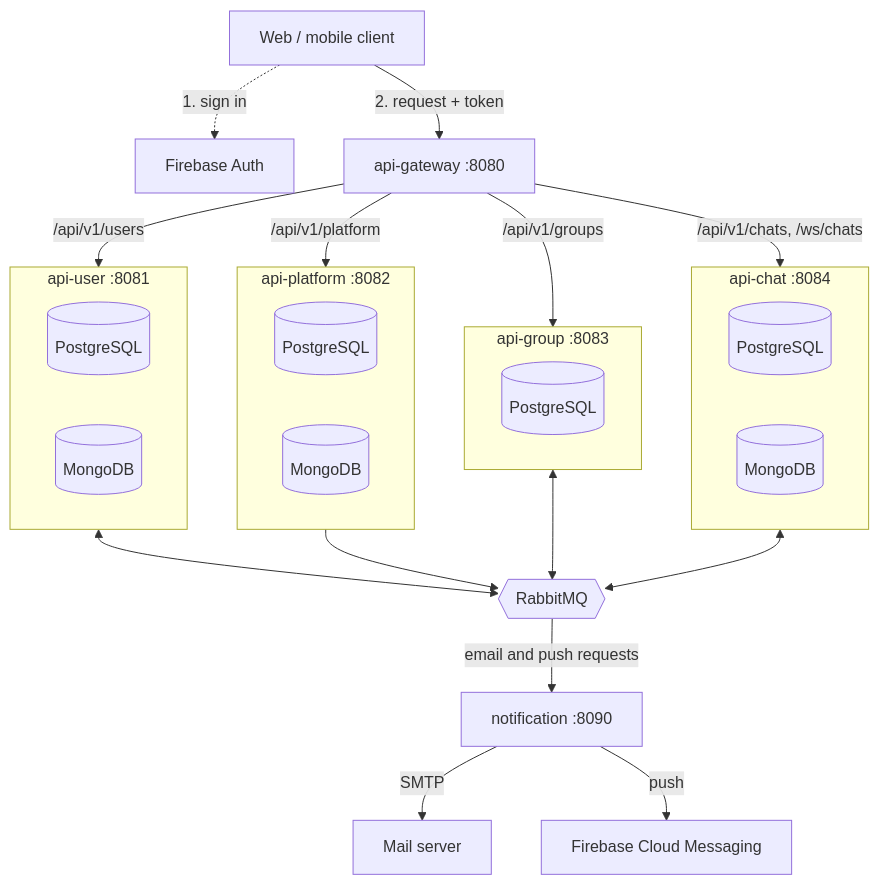
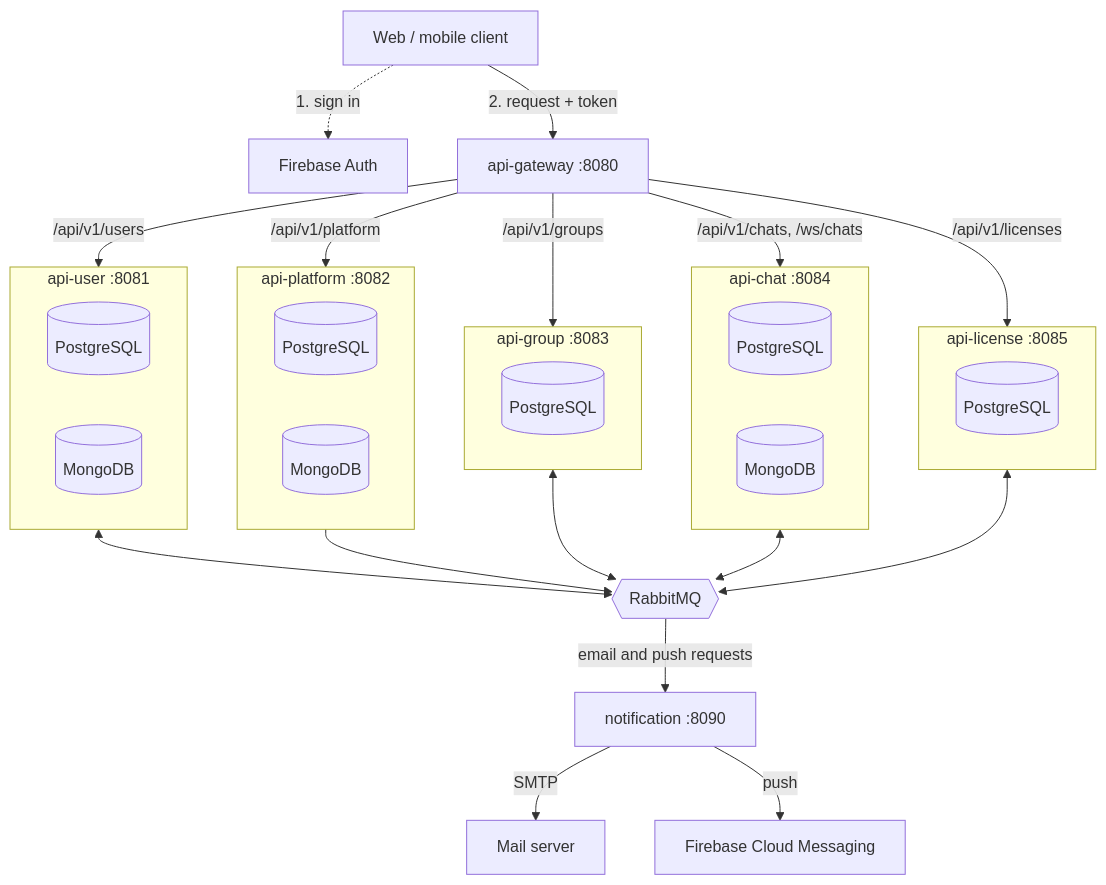
Before and after one commit to dragos-galeteanu/trip-huddle-backend: the first of 6 diagrams in docs/ARCHITECTURE.md, drawn with Mermaid. The commit also changed other lines of this file and 76 other files, not shown here.

````diff
--- a/docs/ARCHITECTURE.md
+++ b/docs/ARCHITECTURE.md
@@ -9,40 +9,45 @@
 ```mermaid
 flowchart TB
     C[Web / mobile client]
     FB[Firebase Auth]
     GW[api-gateway :8080]
 
     C -.->|1. sign in| FB
     C -->|2. request + token| GW
 
     subgraph USER[api-user :8081]
         UPG[(PostgreSQL)]
         UMG[(MongoDB)]
     end
     subgraph PLATFORM[api-platform :8082]
         PPG[(PostgreSQL)]
         PMG[(MongoDB)]
     end
     subgraph GROUP[api-group :8083]
         GPG[(PostgreSQL)]
     end
     subgraph CHAT[api-chat :8084]
         CPG[(PostgreSQL)]
         CMG[(MongoDB)]
     end
+    subgraph LICENSE[api-license :8085]
+        LPG[(PostgreSQL)]
+    end
 
     GW -->|/api/v1/users| USER
     GW -->|/api/v1/platform| PLATFORM
     GW -->|/api/v1/groups| GROUP
     GW -->|/api/v1/chats, /ws/chats| CHAT
+    GW -->|/api/v1/licenses| LICENSE
 
     MQ{{RabbitMQ}}
     USER <--> MQ
     PLATFORM --> MQ
     GROUP <--> MQ
     CHAT <--> MQ
+    LICENSE <--> MQ
 
     MQ -->|email and push requests| N[notification :8090]
     N -->|SMTP| M[Mail server]
     N -->|push| FCM[Firebase Cloud Messaging]
 ```
````
